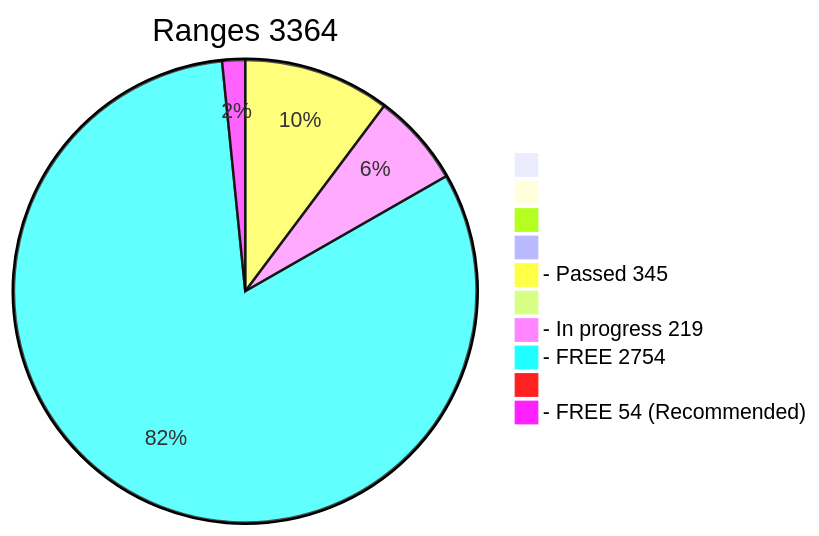
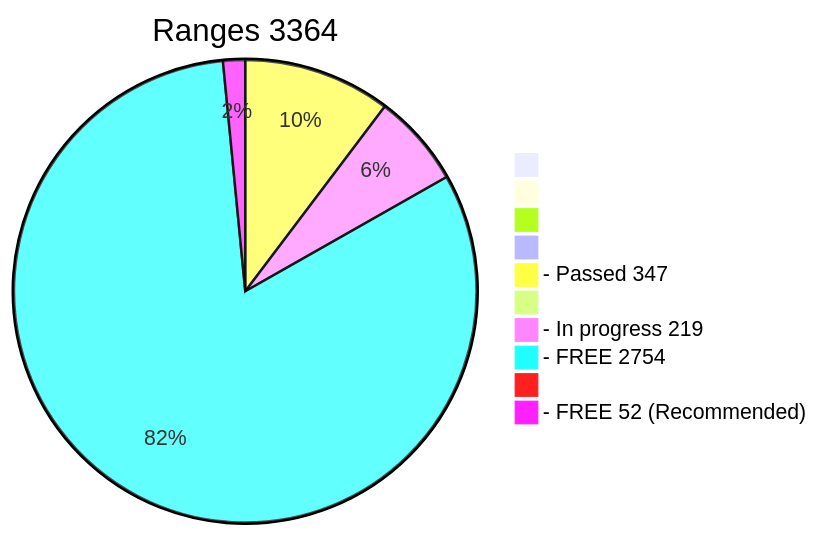
Before and after one commit to phrutis/wif500: the diagram in x64/Release/table.md, drawn with Mermaid. The commit also changed other lines of this file, not shown here.

````diff
--- a/x64/Release/table.md
+++ b/x64/Release/table.md
@@ -2,13 +2,13 @@
 ```mermaid
 pie title Ranges 3364
   " " : 0
   "  " : 0
   "   " : 0
   "    " : 0
-  "- Passed 345" : 345
+  "- Passed 347" : 347
   "     " : 0
   "- In progress 219" : 219
   "- FREE 2754" : 2754
   "      " : 0
-  "- FREE 54 (Recommended)" : 54
+  "- FREE 52 (Recommended)" : 52
 ```
````
